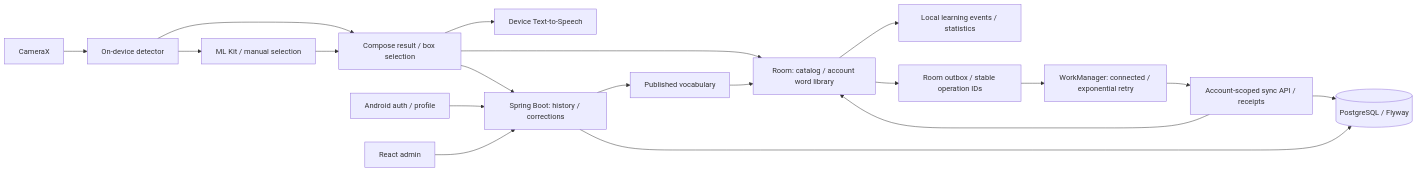
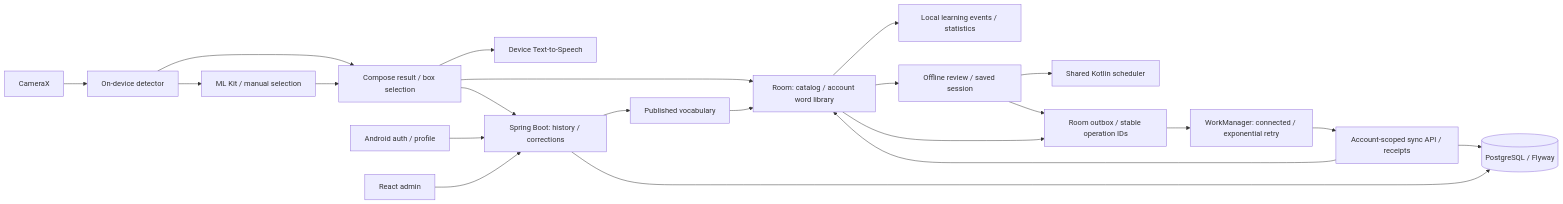
One commit to TrinhQuocDat542005/LingoLens changed the diagram in README.md. Above: the diagram before and after it, drawn with Mermaid. The commit also changed other lines of this file and 31 other files, not shown here.

Commit message:
feat: deliver offline spaced review with shared scheduling and durable sync

````diff
--- a/README.md
+++ b/README.md
@@ -41,21 +43,24 @@
 ```mermaid
 flowchart LR
     Camera[CameraX] --> Vision[On-device detector]
     Vision --> Result[Compose result / box selection]
     Vision --> Fallback[ML Kit / manual selection]
     Fallback --> Result
     Result --> Cache[Room: catalog / account word library]
     Result --> TTS[Device Text-to-Speech]
     Cache --> Progress[Local learning events / statistics]
+    Cache --> Review[Offline review / saved session]
+    Review --> Scheduler[Shared Kotlin scheduler]
+    Review --> Outbox
     Cache --> Outbox[Room outbox / stable operation IDs]
     Outbox --> Worker[WorkManager: connected / exponential retry]
     Worker --> Sync[Account-scoped sync API / receipts]
     Sync --> DB
     Sync --> Cache
     API --> Catalog[Published vocabulary]
     Catalog --> Cache
     Result --> API[Spring Boot: history / corrections]
     Android[Android auth / profile] --> API
     Admin[React admin] --> API
     API --> DB[(PostgreSQL / Flyway)]
 ```
````
